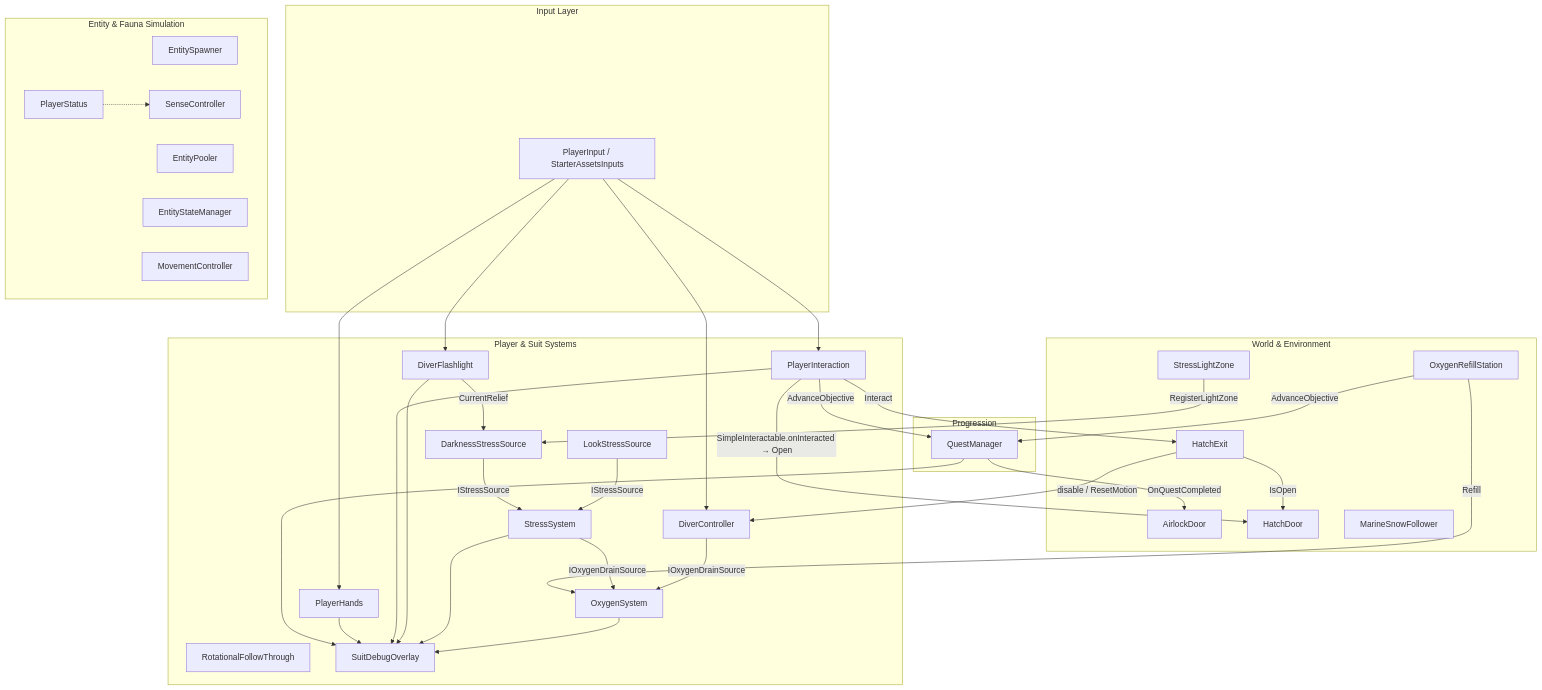
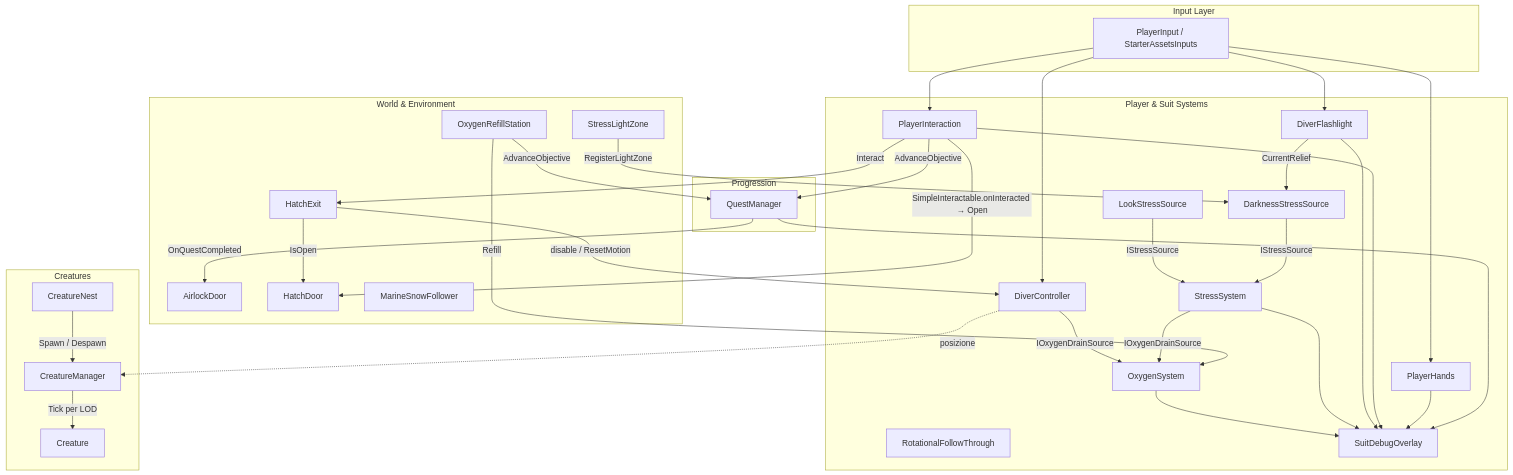
The diagram in documentation/README.md (Fr3nezy/Project_Deep), drawn with Mermaid before and after one commit. The commit also changed other lines of this file and 103 other files, not shown here.

First line of the commit message:
Replace the entity system with a lean creature core

````diff
--- a/documentation/README.md
+++ b/documentation/README.md
@@ -128,78 +104,77 @@
 ```mermaid
 flowchart TD
     subgraph Input_Layer [Input Layer]
         Input[PlayerInput / StarterAssetsInputs]
     end
 
     subgraph Player_Systems [Player & Suit Systems]
         Diver[DiverController]
         Flashlight[DiverFlashlight]
         LookStress[LookStressSource]
         DarkStress[DarknessStressSource]
         Stress[StressSystem]
         Oxygen[OxygenSystem]
         Hands[PlayerHands]
         Interaction[PlayerInteraction]
         FollowThrough[RotationalFollowThrough]
         Feedback[SuitDebugOverlay]
     end
 
     subgraph World_Systems [World & Environment]
         LightZones[StressLightZone]
         RefillStation[OxygenRefillStation]
         Airlock[AirlockDoor]
         Hatch[HatchDoor]
         HatchExit[HatchExit]
         Snow[MarineSnowFollower]
     end
 
     subgraph Progression [Progression]
         Quests[QuestManager]
     end
 
-    subgraph Fauna [Entity & Fauna Simulation]
-        Spawner[EntitySpawner]
-        Pooler[EntityPooler]
-        FaunaFSM[EntityStateManager]
-        FaunaSense[SenseController]
-        FaunaMove[MovementController]
-        PlayerPrcp[PlayerStatus]
+    subgraph Fauna [Creatures]
+        Nest[CreatureNest]
+        CreatureMgr[CreatureManager]
+        Creature[Creature]
     end
 
     %% Input Wiring
     Input --> Diver
     Input --> Flashlight
     Input --> Interaction
     Input --> Hands
 
     %% Player Internal Wiring
     Diver -->|IOxygenDrainSource| Oxygen
     LookStress -->|IStressSource| Stress
     DarkStress -->|IStressSource| Stress
     Stress -->|IOxygenDrainSource| Oxygen
     Flashlight -->|CurrentRelief| DarkStress
 
     %% World to Player
     LightZones -->|RegisterLightZone| DarkStress
     RefillStation -->|Refill| Oxygen
     RefillStation -->|AdvanceObjective| Quests
     Interaction -->|AdvanceObjective| Quests
     Interaction -->|SimpleInteractable.onInteracted → Open| Hatch
     Interaction -->|Interact| HatchExit
     HatchExit -->|IsOpen| Hatch
     HatchExit -->|disable / ResetMotion| Diver
 
     %% Progression to World
     Quests -->|OnQuestCompleted| Airlock
 
     %% Feedback Wiring
     Oxygen --> Feedback
     Stress --> Feedback
     Flashlight --> Feedback
     Interaction --> Feedback
     Hands --> Feedback
     Quests --> Feedback
 
-    %% Fauna to Player
-    PlayerPrcp -.-> FaunaSense
+    %% Fauna
+    Nest -->|Spawn / Despawn| CreatureMgr
+    CreatureMgr -->|Tick per LOD| Creature
+    Diver -.->|posizione| CreatureMgr
 ```
````
